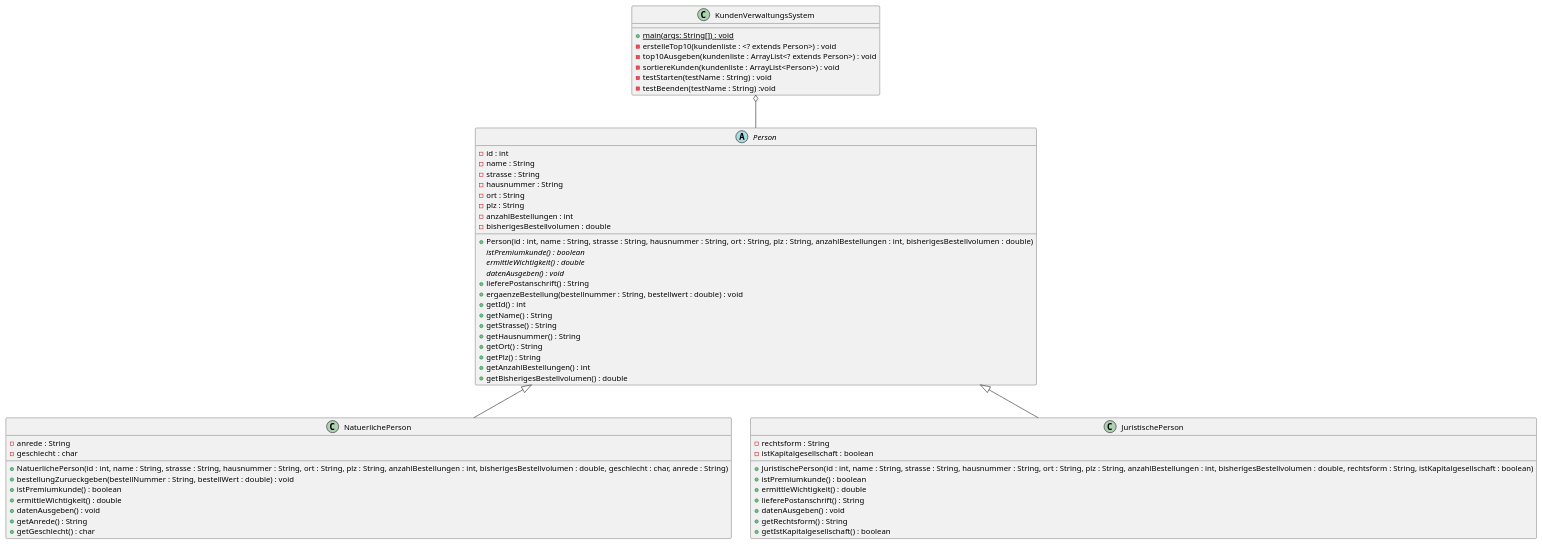
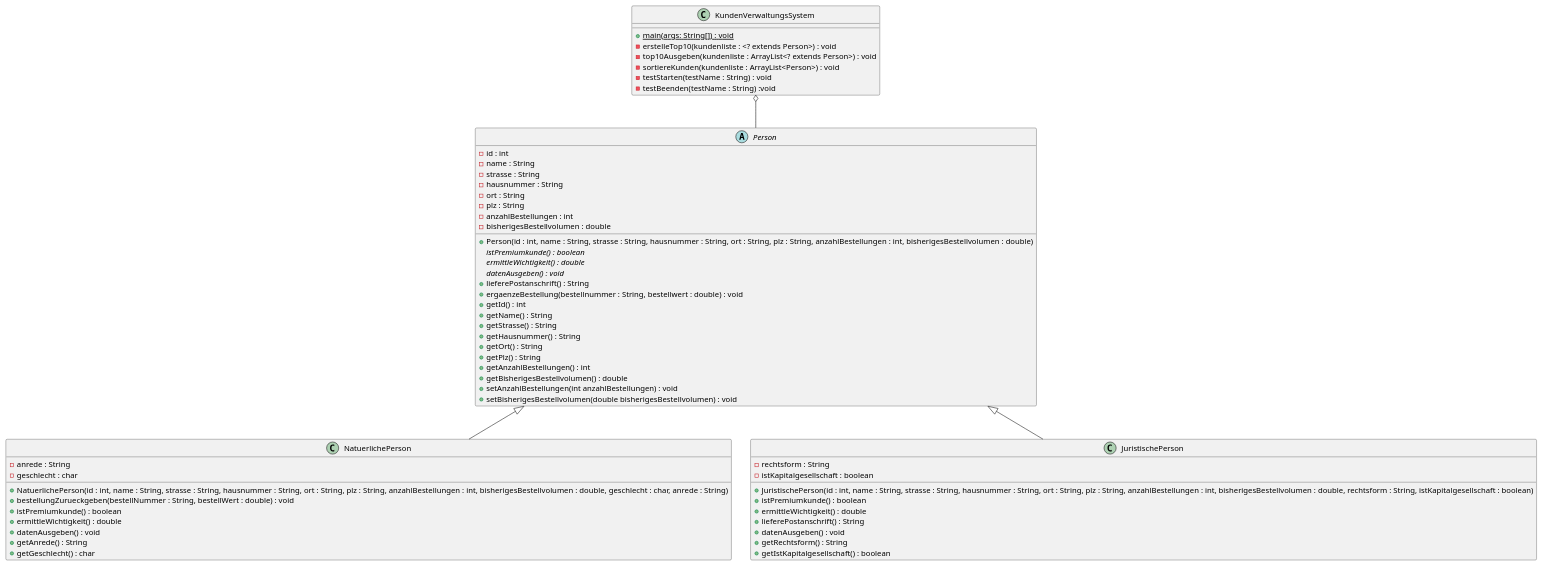
One commit to gvogelge/kundenverwaltung changed the diagram in src/class_diagramm.puml. Above: the diagram before and after it, drawn with PlantUML.

Commit message:
Documentation improvements_3

```diff
--- a/src/class_diagramm.puml
+++ b/src/class_diagramm.puml
@@ -1,63 +1,65 @@
 @startuml kundenverwaltungssystem
 
 abstract class Person{
     - id : int
     - name : String
     - strasse : String
     - hausnummer : String
     - ort : String
     - plz : String
     - anzahlBestellungen : int
     - bisherigesBestellvolumen : double
     + Person(id : int, name : String, strasse : String, hausnummer : String, ort : String, plz : String, anzahlBestellungen : int, bisherigesBestellvolumen : double)
     {abstract} istPremiumkunde() : boolean
     {abstract} ermittleWichtigkeit() : double
     {abstract} datenAusgeben() : void
     + lieferePostanschrift() : String
     + ergaenzeBestellung(bestellnummer : String, bestellwert : double) : void
     + getId() : int
     + getName() : String
     + getStrasse() : String
     + getHausnummer() : String
     + getOrt() : String
     + getPlz() : String
     + getAnzahlBestellungen() : int
     + getBisherigesBestellvolumen() : double
+    + setAnzahlBestellungen(int anzahlBestellungen) : void
+    + setBisherigesBestellvolumen(double bisherigesBestellvolumen) : void
 }
 
 class NatuerlichePerson extends Person{
     - anrede : String
     - geschlecht : char
     + NatuerlichePerson(id : int, name : String, strasse : String, hausnummer : String, ort : String, plz : String, anzahlBestellungen : int, bisherigesBestellvolumen : double, geschlecht : char, anrede : String)
     + bestellungZurueckgeben(bestellNummer : String, bestellWert : double) : void
     + istPremiumkunde() : boolean
     + ermittleWichtigkeit() : double
     + datenAusgeben() : void
     + getAnrede() : String
     + getGeschlecht() : char
 }
 
 class JuristischePerson extends Person{
     - rechtsform : String
     - istKapitalgesellschaft : boolean
     + JuristischePerson(id : int, name : String, strasse : String, hausnummer : String, ort : String, plz : String, anzahlBestellungen : int, bisherigesBestellvolumen : double, rechtsform : String, istKapitalgesellschaft : boolean)
     + istPremiumkunde() : boolean
     + ermittleWichtigkeit() : double
     + lieferePostanschrift() : String
     + datenAusgeben() : void
     + getRechtsform() : String
     + getIstKapitalgesellschaft() : boolean
 }
 
 class KundenVerwaltungsSystem {
     + {static} main(args: String[]) : void
     - erstelleTop10(kundenliste : <? extends Person>) : void
     - top10Ausgeben(kundenliste : ArrayList<? extends Person>) : void
     - sortiereKunden(kundenliste : ArrayList<Person>) : void
     - testStarten(testName : String) : void
     - testBeenden(testName : String) :void
 }
 
 KundenVerwaltungsSystem o-- Person
 
 @enduml
```
